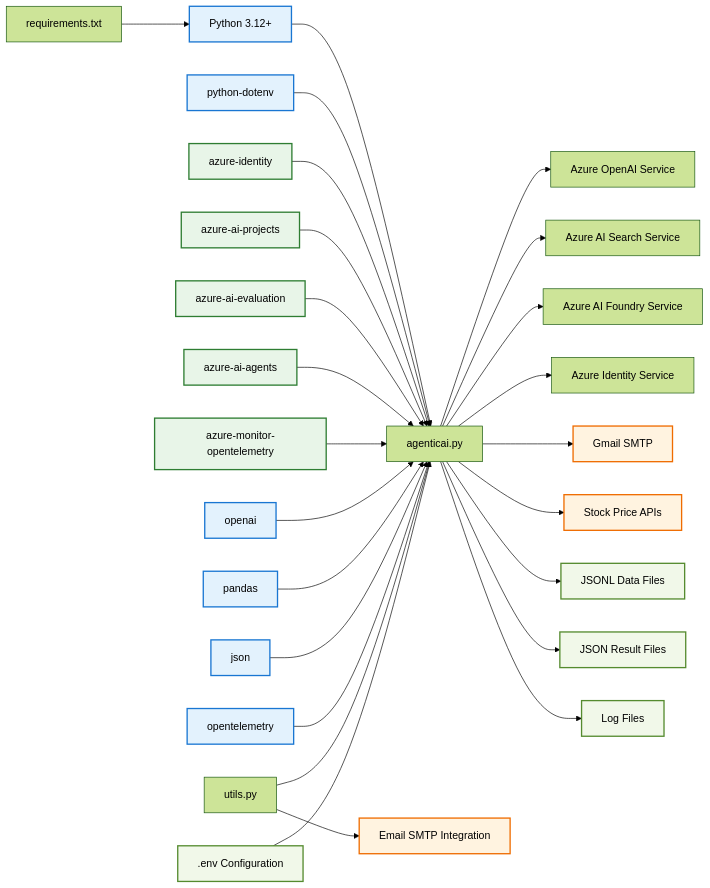
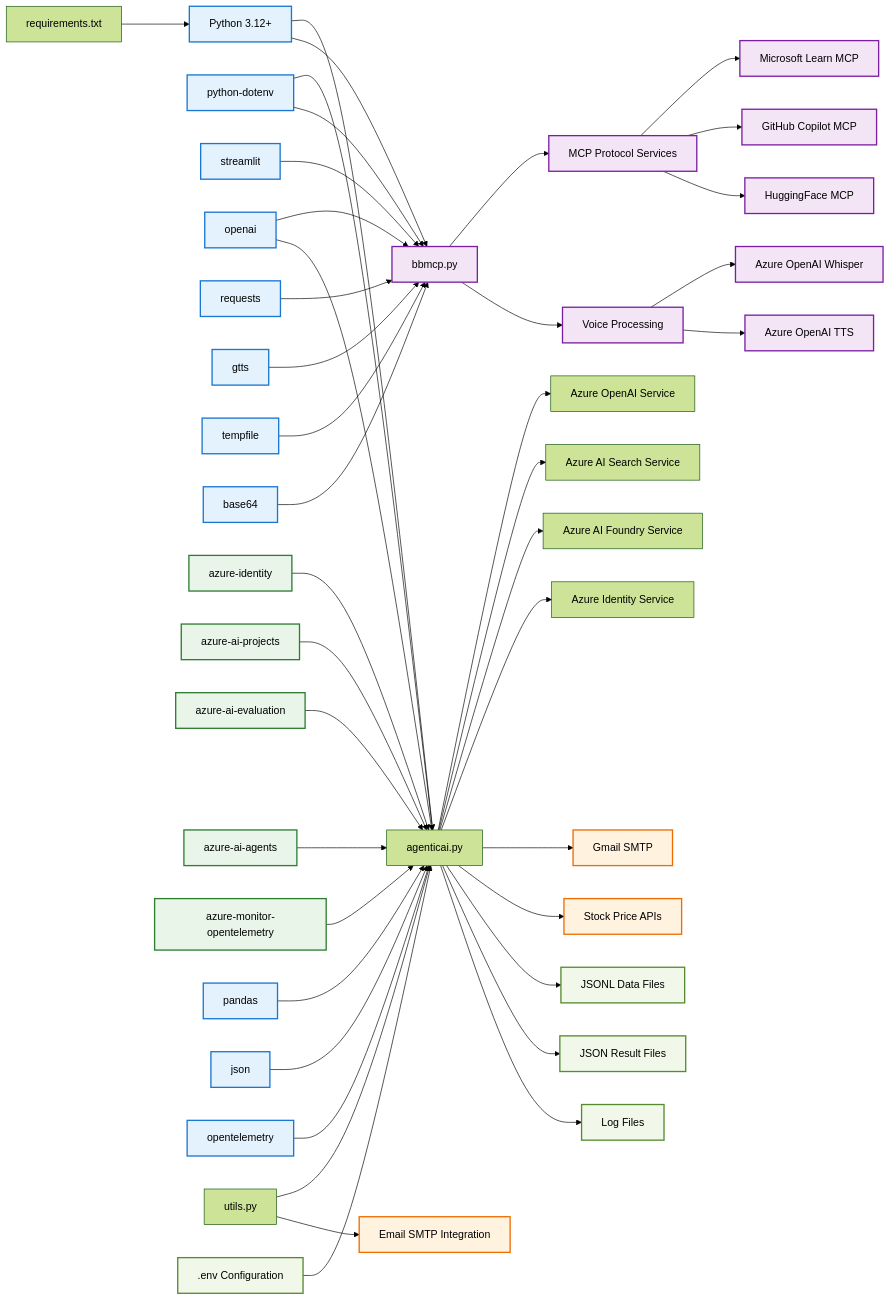
One commit to mmckechney/AgenticAIFoundry changed the eighth of 8 diagrams in docs/mermaid-architecture-diagram.md. Above: the diagram before and after it, drawn with Mermaid (forest theme). The commit also changed other lines of this file and 2 other files, not shown here.

Commit message:
Update README and docs with MCP integration and voice interface

````diff
--- a/docs/mermaid-architecture-diagram.md
+++ b/docs/mermaid-architecture-diagram.md
@@ -506,57 +597,80 @@
 ```mermaid
 graph LR
     %% Core Dependencies
     Python[Python 3.12+] --> AgenticAI[agenticai.py]
+    Python --> BBMCP[bbmcp.py]
     DotEnv[python-dotenv] --> AgenticAI
+    DotEnv --> BBMCP
+    
+    %% MCP Application Dependencies
+    Streamlit[streamlit] --> BBMCP
+    OpenAIClient --> BBMCP
+    Requests[requests] --> BBMCP
+    GTTS[gtts] --> BBMCP
+    TempFile[tempfile] --> BBMCP
+    Base64[base64] --> BBMCP
     
     %% Azure Dependencies
     AzureIdentity[azure-identity] --> AgenticAI
     AzureAIProjects[azure-ai-projects] --> AgenticAI
     AzureAIEvaluation[azure-ai-evaluation] --> AgenticAI
     AzureAIAgents[azure-ai-agents] --> AgenticAI
     AzureMonitorOTel[azure-monitor-opentelemetry] --> AgenticAI
     
     %% OpenAI Dependencies
     OpenAIClient[openai] --> AgenticAI
     
     %% Data Processing
     Pandas[pandas] --> AgenticAI
     JSON[json] --> AgenticAI
     
     %% Monitoring
     OpenTelemetry[opentelemetry] --> AgenticAI
     
     %% Utilities
     Utils[utils.py] --> AgenticAI
     Utils --> EmailSMTP[Email SMTP Integration]
     
     %% Configuration
     Environment[.env Configuration] --> AgenticAI
     Requirements[requirements.txt] --> Python
     
     %% Azure Services (External)
     AgenticAI --> AzureOpenAIService[Azure OpenAI Service]
     AgenticAI --> AzureAISearchService[Azure AI Search Service]
     AgenticAI --> AzureFoundryService[Azure AI Foundry Service]
     AgenticAI --> AzureIdentityService[Azure Identity Service]
     
     %% External Services
     AgenticAI --> GmailSMTP[Gmail SMTP]
     AgenticAI --> StockAPIs[Stock Price APIs]
     
+    %% MCP External Services
+    BBMCP --> MCPServices[MCP Protocol Services]
+    MCPServices --> MSFTLearnMCP[Microsoft Learn MCP]
+    MCPServices --> GitHubCopilotMCP[GitHub Copilot MCP]
+    MCPServices --> HuggingFaceMCP[HuggingFace MCP]
+    
+    %% Voice Processing Services
+    BBMCP --> VoiceServices[Voice Processing]
+    VoiceServices --> AzureWhisper[Azure OpenAI Whisper]
+    VoiceServices --> AzureTTS[Azure OpenAI TTS]
+    
     %% Data Files
     AgenticAI --> JSONLData[JSONL Data Files]
     AgenticAI --> JSONResults[JSON Result Files]
     AgenticAI --> LogFiles[Log Files]
     
     %% Styling
     classDef coreClass fill:#e3f2fd,stroke:#1976d2,stroke-width:2px
     classDef azureClass fill:#e8f5e8,stroke:#2e7d32,stroke-width:2px
     classDef externalClass fill:#fff3e0,stroke:#ef6c00,stroke-width:2px
     classDef dataClass fill:#f1f8e9,stroke:#558b2f,stroke-width:2px
+    classDef mcpClass fill:#f3e5f5,stroke:#7b1fa2,stroke-width:2px
     
-    class Python,DotEnv,OpenAIClient,Pandas,JSON,OpenTelemetry coreClass
+    class Python,DotEnv,OpenAIClient,Pandas,JSON,OpenTelemetry,Streamlit,Requests,GTTS,TempFile,Base64 coreClass
     class AzureIdentity,AzureAIProjects,AzureAIEvaluation,AzureAIAgents,AzureMonitorOTel azureClass
     class GmailSMTP,StockAPIs,EmailSMTP externalClass
     class JSONLData,JSONResults,LogFiles,Environment dataClass
+    class BBMCP,MCPServices,MSFTLearnMCP,GitHubCopilotMCP,HuggingFaceMCP,VoiceServices,AzureWhisper,AzureTTS mcpClass
 ```
````
